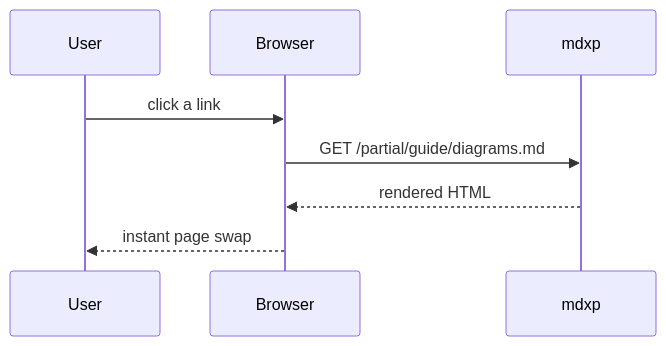
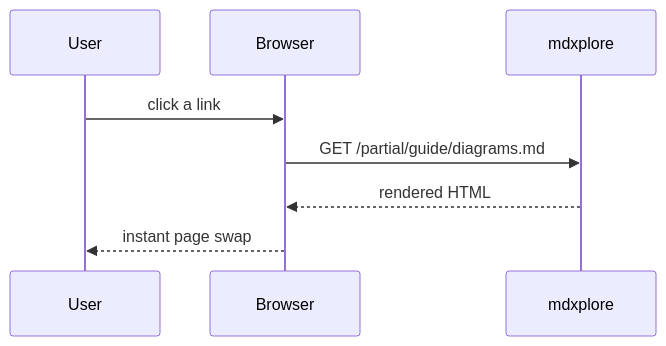
One commit to ishahadathb/mdxp changed the second of 2 diagrams in sample/guide/diagrams.md. Above: the diagram before and after it, drawn with Mermaid. The commit also changed other lines of this file and 13 other files, not shown here.

````diff
--- a/sample/guide/diagrams.md
+++ b/sample/guide/diagrams.md
@@ -19,10 +19,10 @@
 ```mermaid
 sequenceDiagram
     participant U as User
     participant B as Browser
-    participant S as mdxp
+    participant S as mdxplore
     U->>B: click a link
     B->>S: GET /partial/guide/diagrams.md
     S-->>B: rendered HTML
     B-->>U: instant page swap
 ```
````
